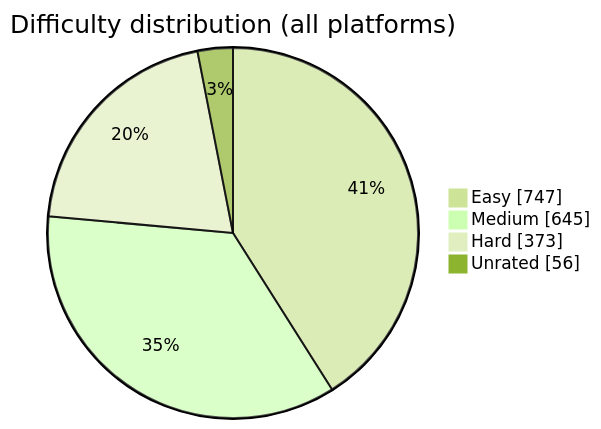
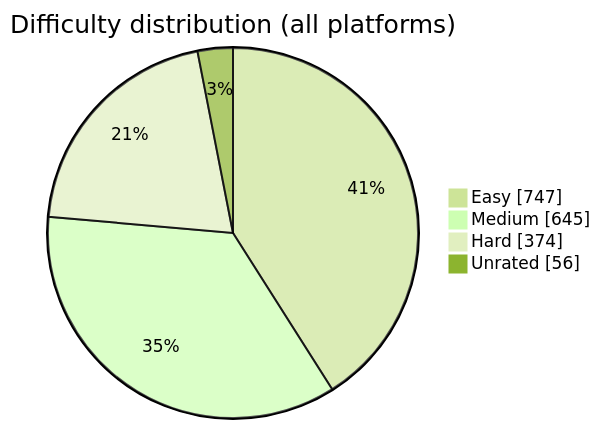
The diagram in README.md (BuildbyArindam/Daily-Coding-Log), drawn with Mermaid (forest theme) before and after one commit. The commit also changed other lines of this file, not shown here.

````diff
--- a/README.md
+++ b/README.md
@@ -108,7 +108,7 @@
 ```mermaid
 pie showData title Difficulty distribution (all platforms)
     "Easy" : 747
     "Medium" : 645
-    "Hard" : 373
+    "Hard" : 374
     "Unrated" : 56
 ```
````
